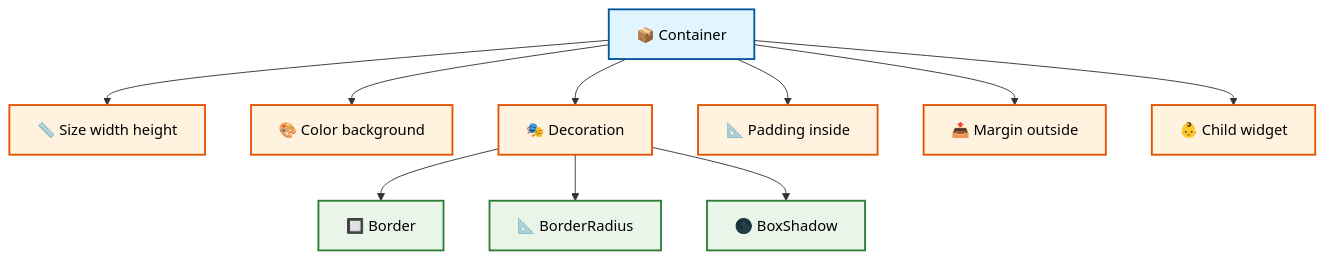
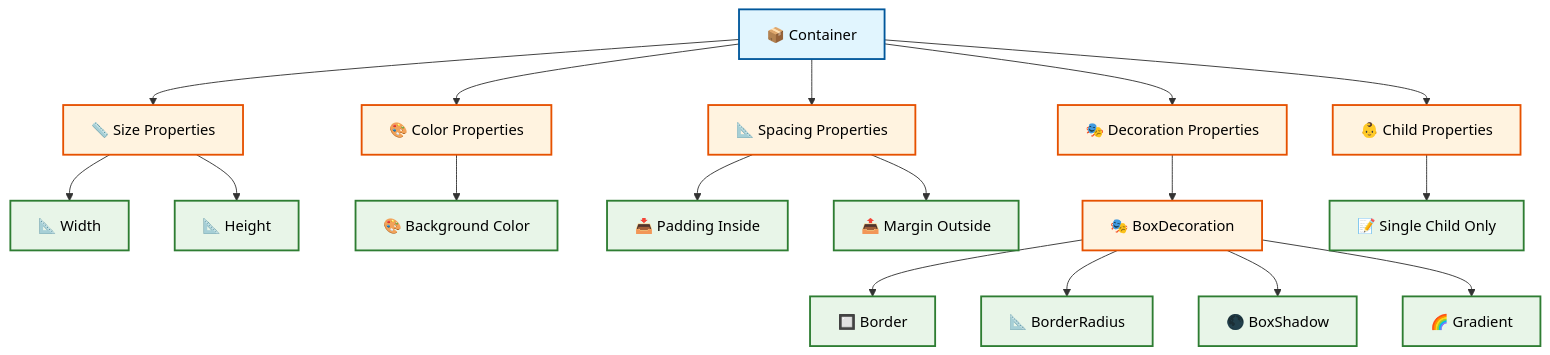
The third of 11 diagrams in pertemuan3.md (antonprafanto/flutter), drawn with Mermaid before and after one commit. The commit also changed other lines of this file, not shown here.

````diff
--- a/pertemuan3.md
+++ b/pertemuan3.md
@@ -268,24 +330,42 @@
 ```mermaid
 flowchart TD
-    A[📦 Container] --> B[📏 Size width height]
-    A --> C[🎨 Color background]
-    A --> D[🎭 Decoration]
-    A --> E[📐 Padding inside]
-    A --> F[📤 Margin outside]
-    A --> G[👶 Child widget]
+    A[📦 Container] --> B[📏 Size Properties]
+    A --> C[🎨 Color Properties]
+    A --> D[📐 Spacing Properties]
+    A --> E[🎭 Decoration Properties]
+    A --> F[👶 Child Properties]
     
-    D --> H[🔲 Border]
-    D --> I[📐 BorderRadius]
-    D --> J[🌑 BoxShadow]
+    B --> G[📐 Width]
+    B --> H[📐 Height]
+    
+    C --> I[🎨 Background Color]
+    
+    D --> J[📥 Padding Inside]
+    D --> K[📤 Margin Outside]
+    
+    E --> L[🎭 BoxDecoration]
+    L --> M[🔲 Border]
+    L --> N[📐 BorderRadius]
+    L --> O[🌑 BoxShadow]
+    L --> P[🌈 Gradient]
+    
+    F --> Q[📝 Single Child Only]
     
     style A fill:#e1f5fe,stroke:#01579b,stroke-width:2px,color:#000
     style B fill:#fff3e0,stroke:#e65100,stroke-width:2px,color:#000
     style C fill:#fff3e0,stroke:#e65100,stroke-width:2px,color:#000
     style D fill:#fff3e0,stroke:#e65100,stroke-width:2px,color:#000
     style E fill:#fff3e0,stroke:#e65100,stroke-width:2px,color:#000
     style F fill:#fff3e0,stroke:#e65100,stroke-width:2px,color:#000
-    style G fill:#fff3e0,stroke:#e65100,stroke-width:2px,color:#000
+    style G fill:#e8f5e8,stroke:#2e7d32,stroke-width:2px,color:#000
     style H fill:#e8f5e8,stroke:#2e7d32,stroke-width:2px,color:#000
     style I fill:#e8f5e8,stroke:#2e7d32,stroke-width:2px,color:#000
     style J fill:#e8f5e8,stroke:#2e7d32,stroke-width:2px,color:#000
+    style K fill:#e8f5e8,stroke:#2e7d32,stroke-width:2px,color:#000
+    style L fill:#fff3e0,stroke:#e65100,stroke-width:2px,color:#000
+    style M fill:#e8f5e8,stroke:#2e7d32,stroke-width:2px,color:#000
+    style N fill:#e8f5e8,stroke:#2e7d32,stroke-width:2px,color:#000
+    style O fill:#e8f5e8,stroke:#2e7d32,stroke-width:2px,color:#000
+    style P fill:#e8f5e8,stroke:#2e7d32,stroke-width:2px,color:#000
+    style Q fill:#e8f5e8,stroke:#2e7d32,stroke-width:2px,color:#000
 ```
````
